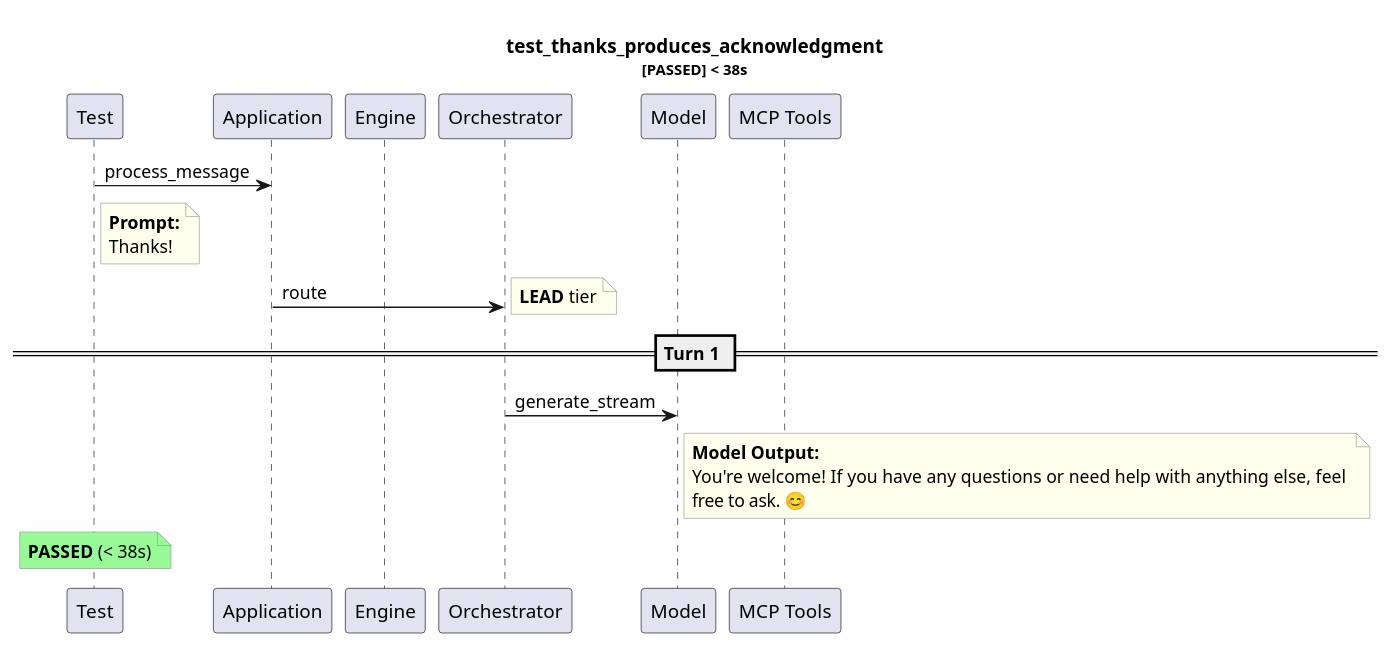
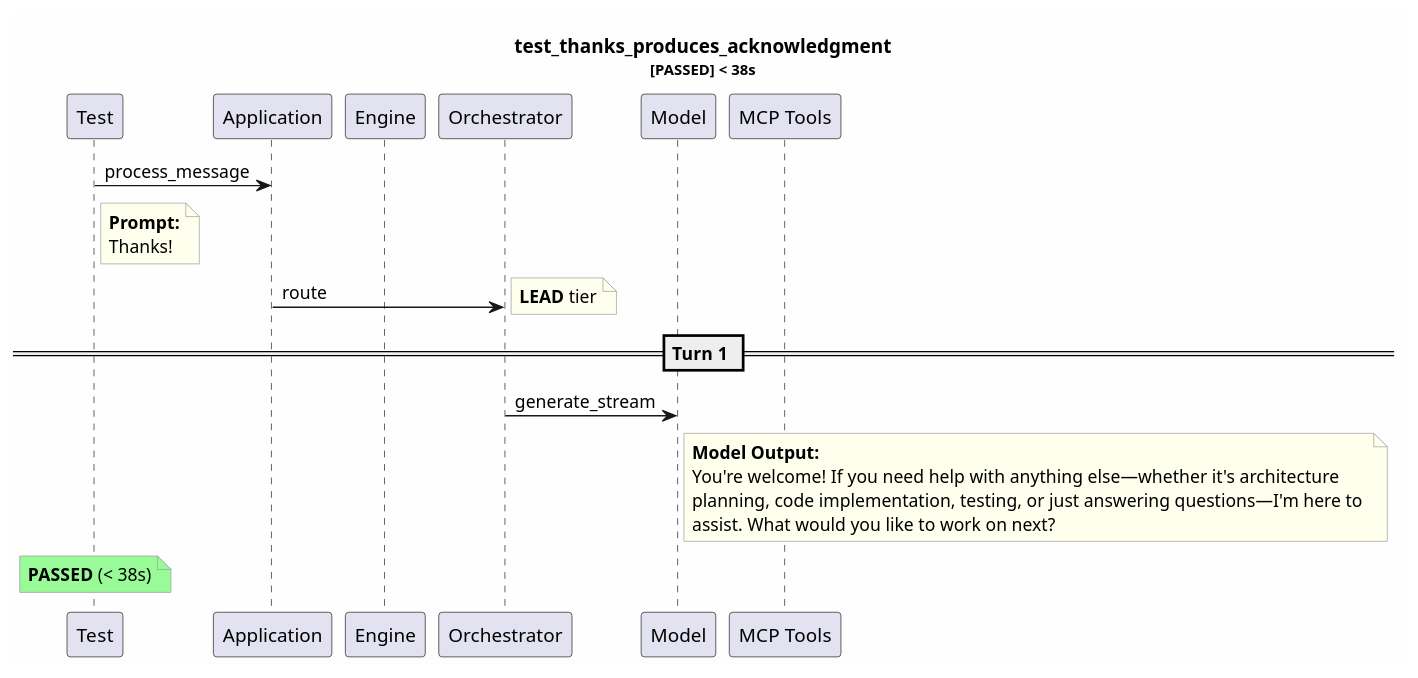
Before and after one commit to tvanfossen/entropic: the diagram in test-reports/logs/test_thanks_produces_acknowledgment/test_thanks_produces_acknowledgment.puml, drawn with PlantUML. The commit also changed 11 other files, not shown here.

```diff
--- a/test-reports/logs/test_thanks_produces_acknowledgment/test_thanks_produces_acknowledgment.puml
+++ b/test-reports/logs/test_thanks_produces_acknowledgment/test_thanks_produces_acknowledgment.puml
@@ -1,32 +1,33 @@
 @startuml
 skinparam backgroundColor #FEFEFE
 skinparam noteBorderColor #999999
 skinparam noteBackgroundColor #FFFFEE
 title test_thanks_produces_acknowledgment\n<size:11>[PASSED] < 38s</size>
 
 participant "Test" as T
 participant "Application" as App
 participant "Engine" as Eng
 participant "Orchestrator" as Orch
 participant "Model" as Mdl
 participant "MCP Tools" as MCP
 
 T -> App: process_message
 note right of T
   **Prompt:**
   Thanks!
 end note
 App -> Orch: route
 note right: **LEAD** tier
 == Turn 1 ==
 Orch -> Mdl: generate_stream
 note right of Mdl
   **Model Output:**
-  You're welcome! If you have any questions or need help with anything else, feel 
-  free to ask. 😊
+  You're welcome! If you need help with anything else—whether it's architecture 
+  planning, code implementation, testing, or just answering questions—I'm here to 
+  assist. What would you like to work on next?
 end note
 note over T #palegreen
   **PASSED** (< 38s)
 end note
 
 @enduml
```
